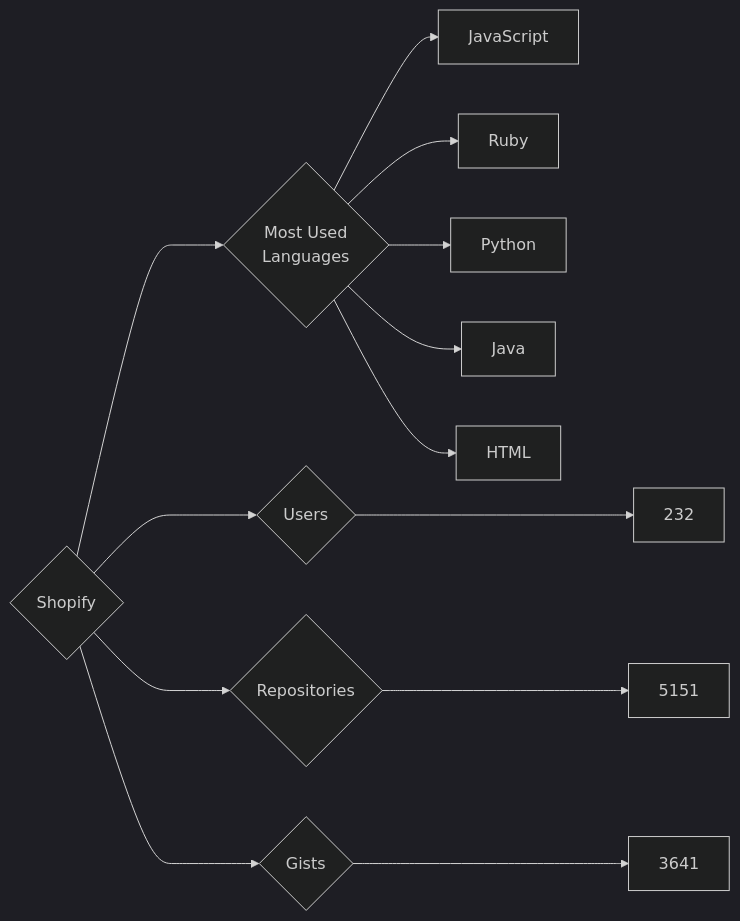
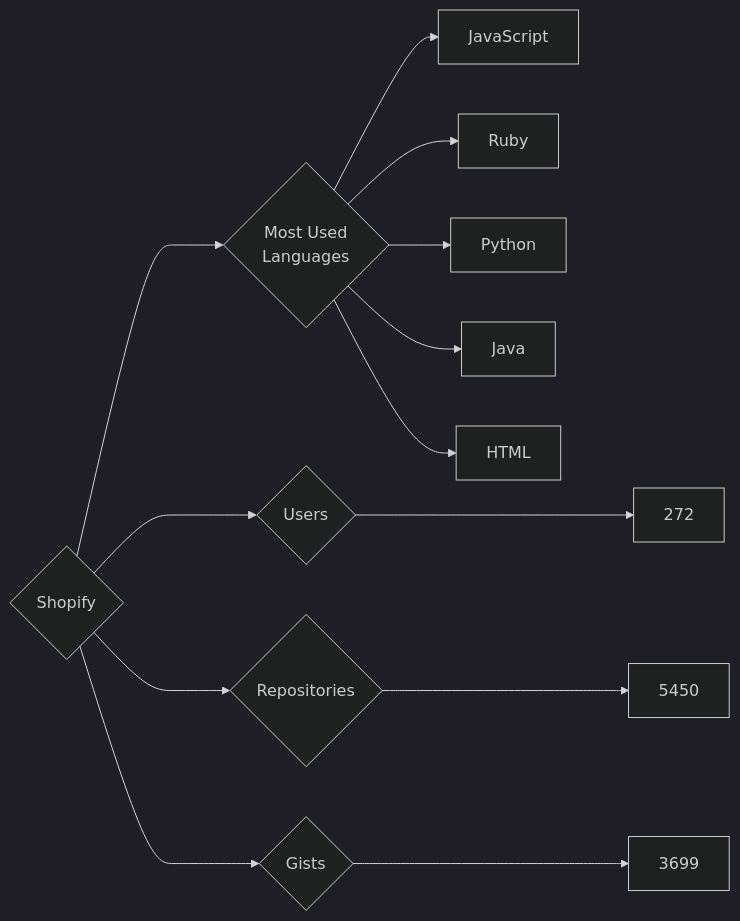
The diagram in targets/Shopify/README.md (trickest/insiders), drawn with Mermaid (dark theme) before and after one commit. The commit also changed 964 other files, not shown here.

````diff
--- a/targets/Shopify/README.md
+++ b/targets/Shopify/README.md
@@ -3,13 +3,13 @@
 ```mermaid
 graph LR
 COMPANY_NAME{Shopify}
-COMPANY_NAME ---> U{Users} ---> UN[232]
-COMPANY_NAME ---> R{Repositories} ---> RN[5151]
-COMPANY_NAME ---> G{Gists} ---> GN[3641]
+COMPANY_NAME ---> U{Users} ---> UN[272]
+COMPANY_NAME ---> R{Repositories} ---> RN[5450]
+COMPANY_NAME ---> G{Gists} ---> GN[3699]
 COMPANY_NAME ---> ML{Most Used<br>Languages}
 ML --> JavaScript[JavaScript]
 ML --> Ruby[Ruby]
 ML --> Python[Python]
 ML --> Java[Java]
 ML --> HTML[HTML]
 ```
````
